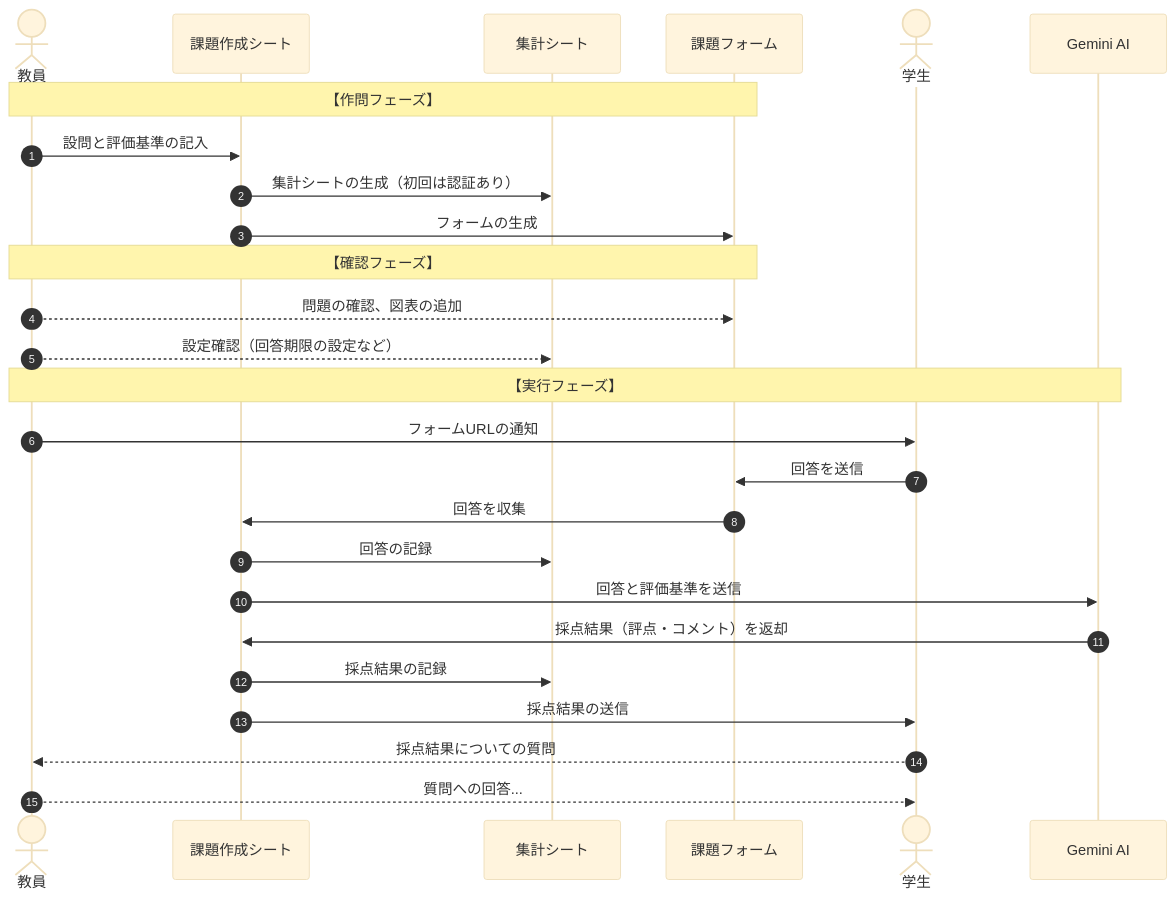
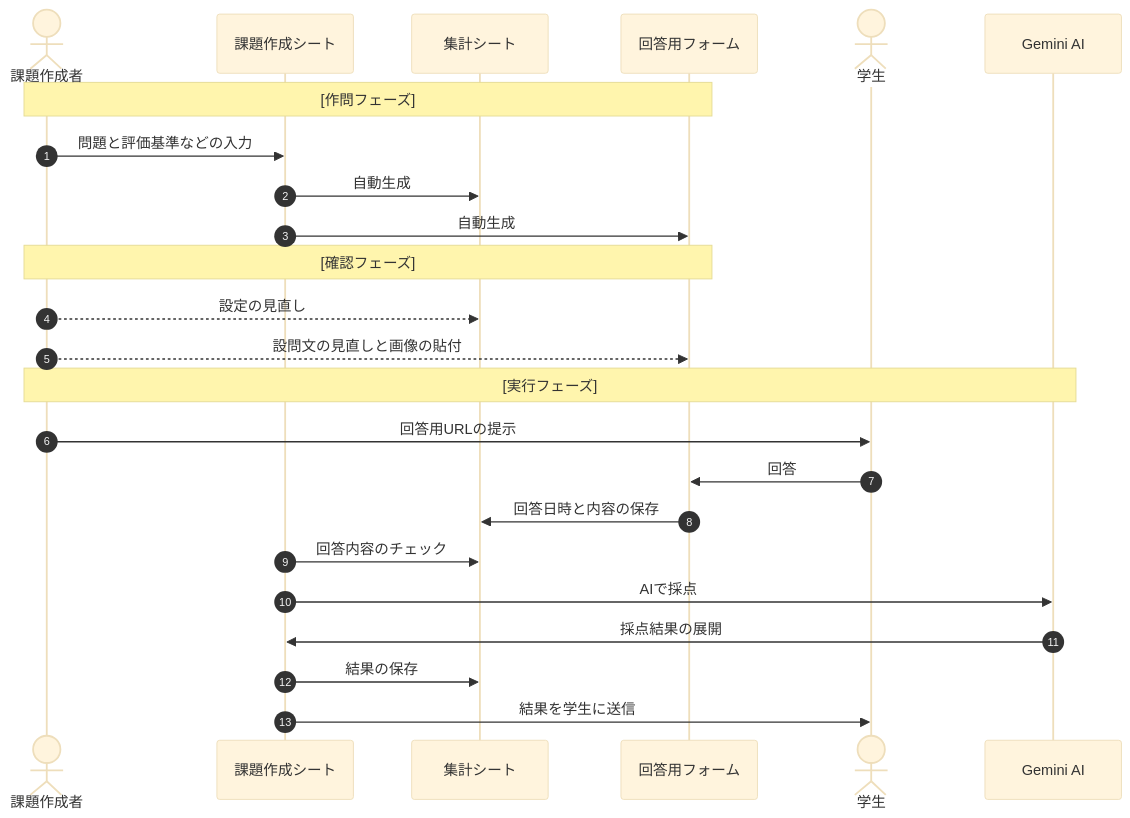
The third of 3 diagrams in README_JA.md (YujiSue/sAIten), drawn with Mermaid (base theme) before and after one commit. The commit also changed other lines of this file and 11 other files, not shown here.

````diff
--- a/README_JA.md
+++ b/README_JA.md
@@ -89,33 +165,30 @@
 ```mermaid
 sequenceDiagram
     autonumber
-    actor Author as 教員
+    actor Author as 課題作成者
     participant Main as 課題作成シート
-    participant Score as 集計シート
-    participant Form as 課題フォーム
+    participant Summary as 集計シート
+    participant Form as 回答用フォーム
     actor Student as 学生
     participant Gemini as Gemini AI
 
-    Note over Author, Form: 【作問フェーズ】
-    Author->>Main: 設問と評価基準の記入
-    Main->>Score: 集計シートの生成（初回は認証あり）
-    Main->>Form: フォームの生成
+    Note over Author, Form: [作問フェーズ]
+    Author->>Main: 問題と評価基準などの入力
+    Main->>Summary: 自動生成
+    Main->>Form: 自動生成
 
-    Note over Author, Form: 【確認フェーズ】
-    Author-->>Form: 問題の確認、図表の追加
-    Author-->>Score: 設定確認（回答期限の設定など）
-
-    Note over Author,Gemini : 【実行フェーズ】
-    Author->>Student: フォームURLの通知
-    Student->>Form: 回答を送信
-    Form->>Main: 回答を収集
-    Main->>Score: 回答の記録
-    Main->>Gemini: 回答と評価基準を送信
-    Gemini->>Main: 採点結果（評点・コメント）を返却
-    Main->>Score: 採点結果の記録
-    Main->>Student: 採点結果の送信
-
-    Student-->>Author: 採点結果についての質問
-    Author-->>Student: 質問への回答...
+    Note over Author, Form: [確認フェーズ]
+    Author-->>Summary: 設定の見直し
+    Author-->>Form: 設問文の見直しと画像の貼付
+    
+    Note over Author,Gemini : [実行フェーズ]
+    Author->>Student: 回答用URLの提示
+    Student->>Form: 回答
+    Form->>Summary: 回答日時と内容の保存
+    Main->>Summary: 回答内容のチェック
+    Main->>Gemini: AIで採点
+    Gemini->>Main: 採点結果の展開
+    Main->>Summary: 結果の保存
+    Main->>Student: 結果を学生に送信
 
 ```
````
